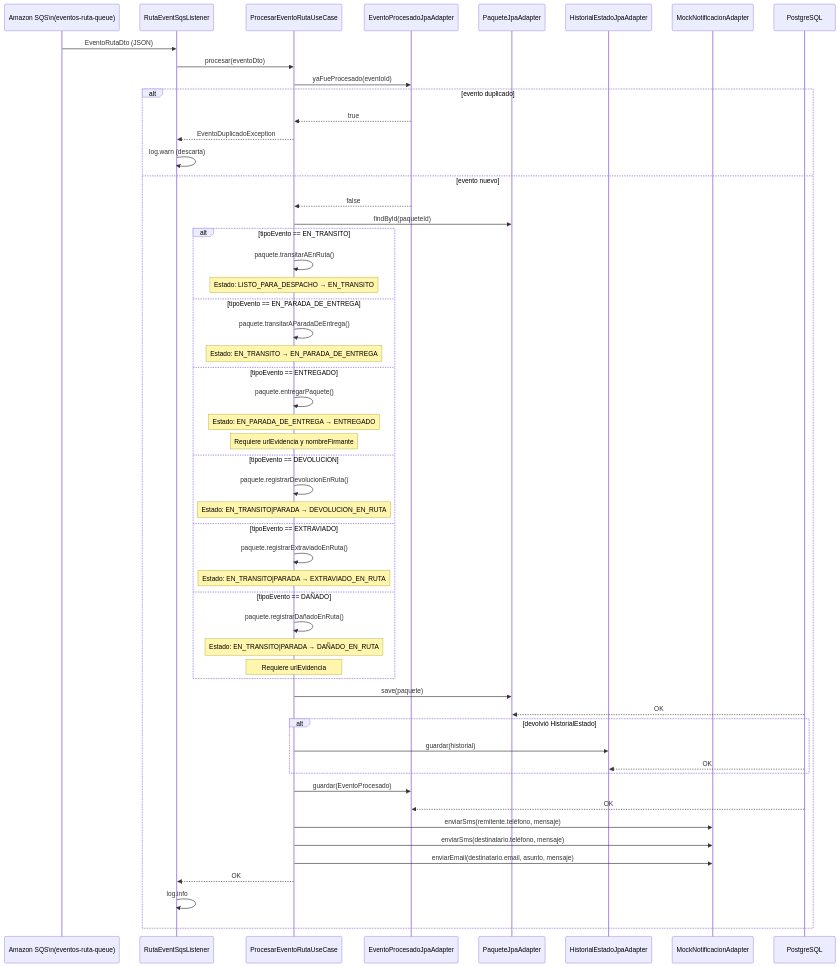
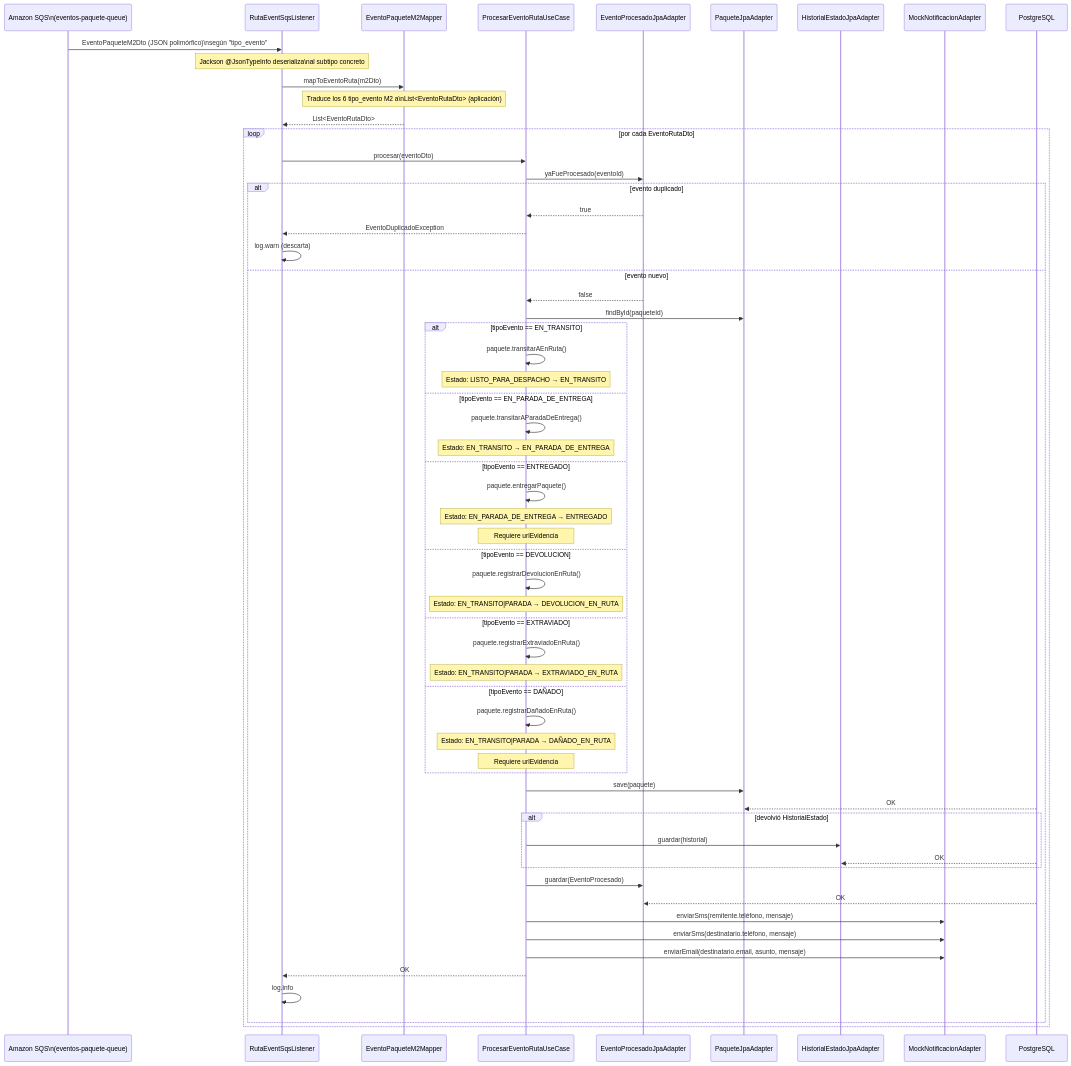
One commit to InsoftUnimag/20261LogisticsPackages changed the fifth of 7 diagrams in Backend/Externo/Agent/Project/04-Data-Flows.md. Above: the diagram before and after it, drawn with Mermaid. The commit also changed other lines of this file and 3 other files, not shown here.

````diff
--- a/Backend/Externo/Agent/Project/04-Data-Flows.md
+++ b/Backend/Externo/Agent/Project/04-Data-Flows.md
@@ -224,65 +224,73 @@
 ```mermaid
 sequenceDiagram
-    participant SQS as Amazon SQS\n(eventos-ruta-queue)
+    participant SQS as Amazon SQS\n(eventos-paquete-queue)
     participant LSN as RutaEventSqsListener
+    participant MAPPER as EventoPaqueteM2Mapper
     participant UC9 as ProcesarEventoRutaUseCase
     participant EPR as EventoProcesadoJpaAdapter
     participant REPO as PaqueteJpaAdapter
     participant HIST as HistorialEstadoJpaAdapter
     participant NOTIF as MockNotificacionAdapter
     participant DB as PostgreSQL
 
-    SQS->>LSN: EventoRutaDto (JSON)
-    LSN->>UC9: procesar(eventoDto)
+    SQS->>LSN: EventoPaqueteM2Dto (JSON polimórfico)\nsegún "tipo_evento"
+    Note over LSN: Jackson @JsonTypeInfo deserializa\nal subtipo concreto
+    LSN->>MAPPER: mapToEventoRuta(m2Dto)
+    Note over MAPPER: Traduce los 6 tipo_evento M2 a\nList<EventoRutaDto> (aplicación)
+    MAPPER-->>LSN: List<EventoRutaDto>
 
-    UC9->>EPR: yaFueProcesado(eventoId)
-    alt evento duplicado
-        EPR-->>UC9: true
-        UC9-->>LSN: EventoDuplicadoException
-        LSN->>LSN: log.warn (descarta)
-    else evento nuevo
-        EPR-->>UC9: false
-        
-        UC9->>REPO: findById(paqueteId)
-        
-        alt tipoEvento == EN_TRANSITO
-            UC9->>UC9: paquete.transitarAEnRuta()
-            Note over UC9: Estado: LISTO_PARA_DESPACHO → EN_TRANSITO
-        else tipoEvento == EN_PARADA_DE_ENTREGA
-            UC9->>UC9: paquete.transitarAParadaDeEntrega()
-            Note over UC9: Estado: EN_TRANSITO → EN_PARADA_DE_ENTREGA
-        else tipoEvento == ENTREGADO
-            UC9->>UC9: paquete.entregarPaquete()
-            Note over UC9: Estado: EN_PARADA_DE_ENTREGA → ENTREGADO
-            Note over UC9: Requiere urlEvidencia y nombreFirmante
-        else tipoEvento == DEVOLUCION
-            UC9->>UC9: paquete.registrarDevolucionEnRuta()
-            Note over UC9: Estado: EN_TRANSITO|PARADA → DEVOLUCION_EN_RUTA
-        else tipoEvento == EXTRAVIADO
-            UC9->>UC9: paquete.registrarExtraviadoEnRuta()
-            Note over UC9: Estado: EN_TRANSITO|PARADA → EXTRAVIADO_EN_RUTA
-        else tipoEvento == DAÑADO
-            UC9->>UC9: paquete.registrarDañadoEnRuta()
-            Note over UC9: Estado: EN_TRANSITO|PARADA → DAÑADO_EN_RUTA
-            Note over UC9: Requiere urlEvidencia
+    loop por cada EventoRutaDto
+        LSN->>UC9: procesar(eventoDto)
+
+        UC9->>EPR: yaFueProcesado(eventoId)
+        alt evento duplicado
+            EPR-->>UC9: true
+            UC9-->>LSN: EventoDuplicadoException
+            LSN->>LSN: log.warn (descarta)
+        else evento nuevo
+            EPR-->>UC9: false
+            
+            UC9->>REPO: findById(paqueteId)
+            
+            alt tipoEvento == EN_TRANSITO
+                UC9->>UC9: paquete.transitarAEnRuta()
+                Note over UC9: Estado: LISTO_PARA_DESPACHO → EN_TRANSITO
+            else tipoEvento == EN_PARADA_DE_ENTREGA
+                UC9->>UC9: paquete.transitarAParadaDeEntrega()
+                Note over UC9: Estado: EN_TRANSITO → EN_PARADA_DE_ENTREGA
+            else tipoEvento == ENTREGADO
+                UC9->>UC9: paquete.entregarPaquete()
+                Note over UC9: Estado: EN_PARADA_DE_ENTREGA → ENTREGADO
+                Note over UC9: Requiere urlEvidencia
+            else tipoEvento == DEVOLUCION
+                UC9->>UC9: paquete.registrarDevolucionEnRuta()
+                Note over UC9: Estado: EN_TRANSITO|PARADA → DEVOLUCION_EN_RUTA
+            else tipoEvento == EXTRAVIADO
+                UC9->>UC9: paquete.registrarExtraviadoEnRuta()
+                Note over UC9: Estado: EN_TRANSITO|PARADA → EXTRAVIADO_EN_RUTA
+            else tipoEvento == DAÑADO
+                UC9->>UC9: paquete.registrarDañadoEnRuta()
+                Note over UC9: Estado: EN_TRANSITO|PARADA → DAÑADO_EN_RUTA
+                Note over UC9: Requiere urlEvidencia
+            end
+            
+            UC9->>REPO: save(paquete)
+            DB-->>REPO: OK
+            
+            alt devolvió HistorialEstado
+                UC9->>HIST: guardar(historial)
+                DB-->>HIST: OK
+            end
+            
+            UC9->>EPR: guardar(EventoProcesado)
+            DB-->>EPR: OK
+            
+            UC9->>NOTIF: enviarSms(remitente.teléfono, mensaje)
+            UC9->>NOTIF: enviarSms(destinatario.teléfono, mensaje)
+            UC9->>NOTIF: enviarEmail(destinatario.email, asunto, mensaje)
+            
+            UC9-->>LSN: OK
+            LSN->>LSN: log.info
         end
-        
-        UC9->>REPO: save(paquete)
-        DB-->>REPO: OK
-        
-        alt devolvió HistorialEstado
-            UC9->>HIST: guardar(historial)
-            DB-->>HIST: OK
-        end
-        
-        UC9->>EPR: guardar(EventoProcesado)
-        DB-->>EPR: OK
-        
-        UC9->>NOTIF: enviarSms(remitente.teléfono, mensaje)
-        UC9->>NOTIF: enviarSms(destinatario.teléfono, mensaje)
-        UC9->>NOTIF: enviarEmail(destinatario.email, asunto, mensaje)
-        
-        UC9-->>LSN: OK
-        LSN->>LSN: log.info
     end
 ```
````
